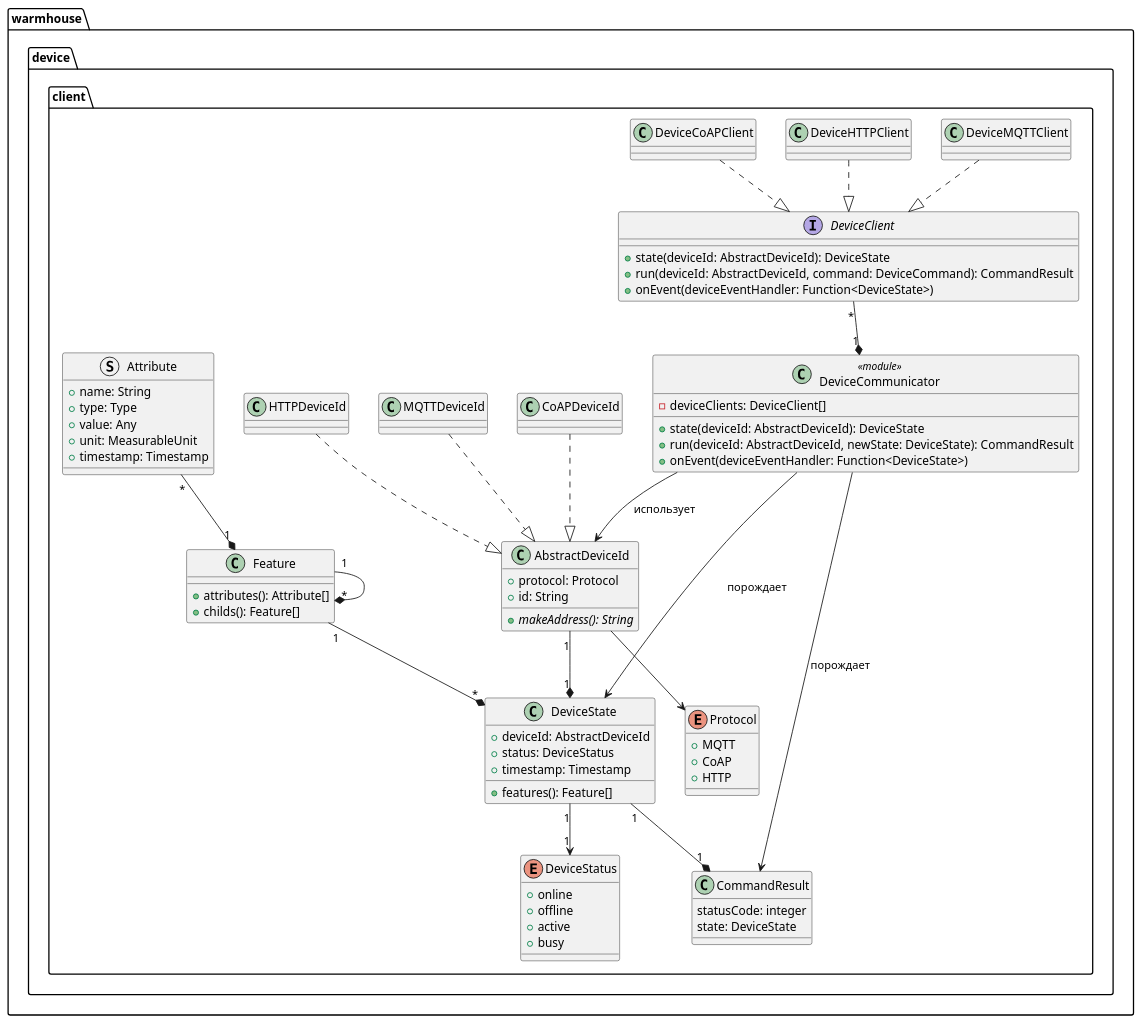
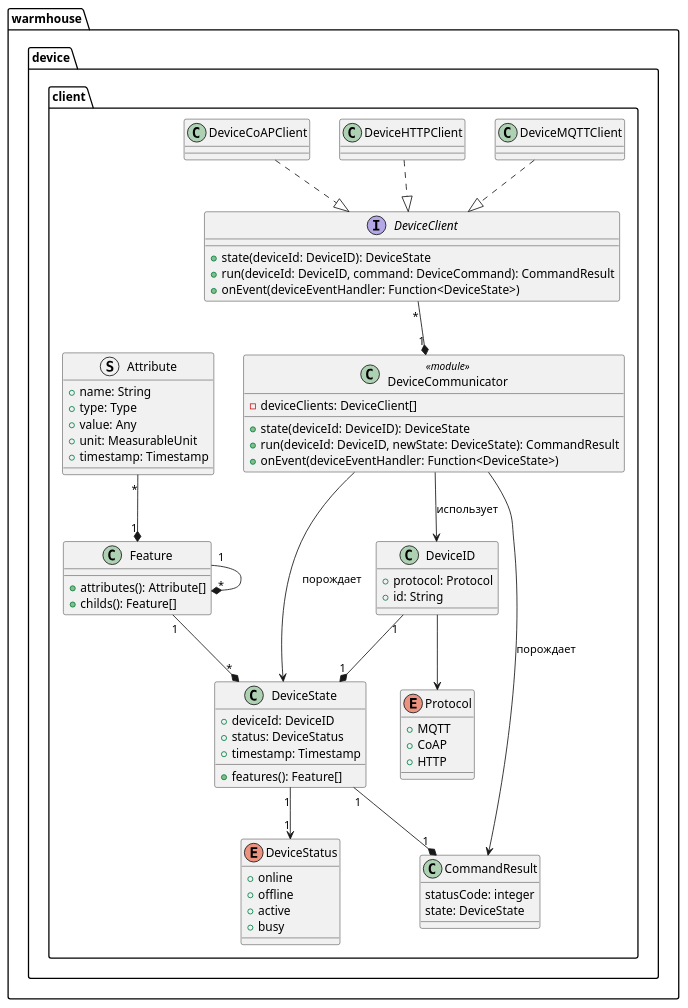
Before and after one commit to bitgorbovsky/yp-architecture-pro-warmhouse: the diagram in schemas/services/devices-controller/code-device-client.puml, drawn with PlantUML. The commit also changed 3 other files, not shown here.

```diff
--- a/schemas/services/devices-controller/code-device-client.puml
+++ b/schemas/services/devices-controller/code-device-client.puml
@@ -1,93 +1,84 @@
 @startuml
 
 package warmhouse.device.client {
     class DeviceCommunicator <<module>> {
         - deviceClients: DeviceClient[]
-        + state(deviceId: AbstractDeviceId): DeviceState
-        + run(deviceId: AbstractDeviceId, newState: DeviceState): CommandResult
+        + state(deviceId: DeviceID): DeviceState
+        + run(deviceId: DeviceID, newState: DeviceState): CommandResult
         + onEvent(deviceEventHandler: Function<DeviceState>)
     }
 
     class DeviceState {
-        + deviceId: AbstractDeviceId
+        + deviceId: DeviceID
         + status: DeviceStatus
         + timestamp: Timestamp
         + features(): Feature[]
     }
 
-    class AbstractDeviceId {
+    class DeviceID {
         + protocol: Protocol
         + id: String
-        + {abstract} makeAddress(): String
     }
 
     class Feature {
         + attributes(): Attribute[]
         + childs(): Feature[]
     }
 
     struct Attribute {
         + name: String
         + type: Type
         + value: Any
         + unit: MeasurableUnit
         + timestamp: Timestamp
     }
 
     enum Protocol {
         + MQTT
         + CoAP
         + HTTP
     }
 
     enum DeviceStatus {
         + online
         + offline
         + active
         + busy
     }
 
     class CommandResult {
         statusCode: integer
         state: DeviceState
     }
 
     interface DeviceClient {
-        + state(deviceId: AbstractDeviceId): DeviceState
-        + run(deviceId: AbstractDeviceId, command: DeviceCommand): CommandResult
+        + state(deviceId: DeviceID): DeviceState
+        + run(deviceId: DeviceID, command: DeviceCommand): CommandResult
         + onEvent(deviceEventHandler: Function<DeviceState>)
     }
 
     class DeviceMQTTClient
     class DeviceHTTPClient
     class DeviceCoAPClient
-    class MQTTDeviceId
-    class HTTPDeviceId
-    class CoAPDeviceId
 }
 
 
 DeviceMQTTClient ..|> DeviceClient
 DeviceHTTPClient ..|> DeviceClient
 DeviceCoAPClient ..|> DeviceClient
 DeviceClient "*" --* "1" DeviceCommunicator
 
-
-MQTTDeviceId ..|> AbstractDeviceId
-HTTPDeviceId ..|> AbstractDeviceId
-CoAPDeviceId ..|> AbstractDeviceId
-
-AbstractDeviceId --> Protocol
+DeviceID --> Protocol
 Feature "1" --* "*" Feature
 Attribute "*" --* "1" Feature
 
 Feature "1" --* "*" DeviceState
 DeviceState "1" --* "1" CommandResult
-AbstractDeviceId "1" --* "1" DeviceState
+DeviceID "1" --* "1" DeviceState
 
-DeviceCommunicator --> AbstractDeviceId : использует
+DeviceCommunicator --> DeviceID : использует
 DeviceCommunicator --> CommandResult : порождает
 DeviceCommunicator --> DeviceState: порождает
 DeviceState "1" --> "1" DeviceStatus
 
 @enduml
```
